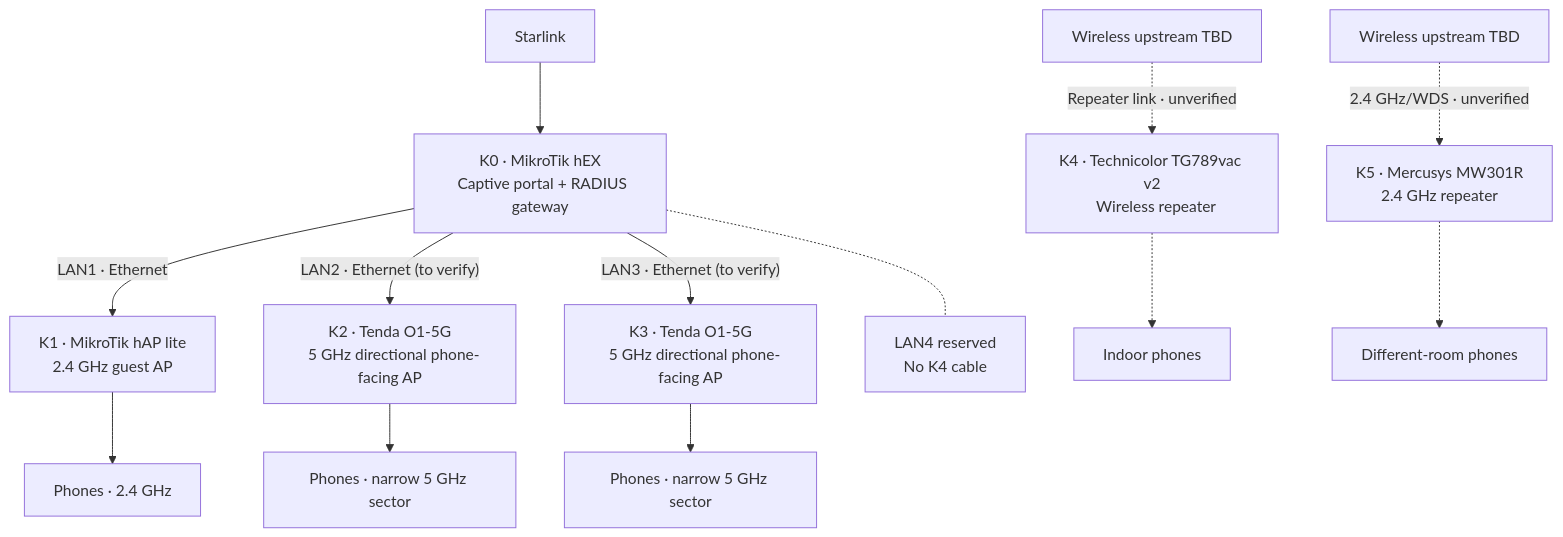
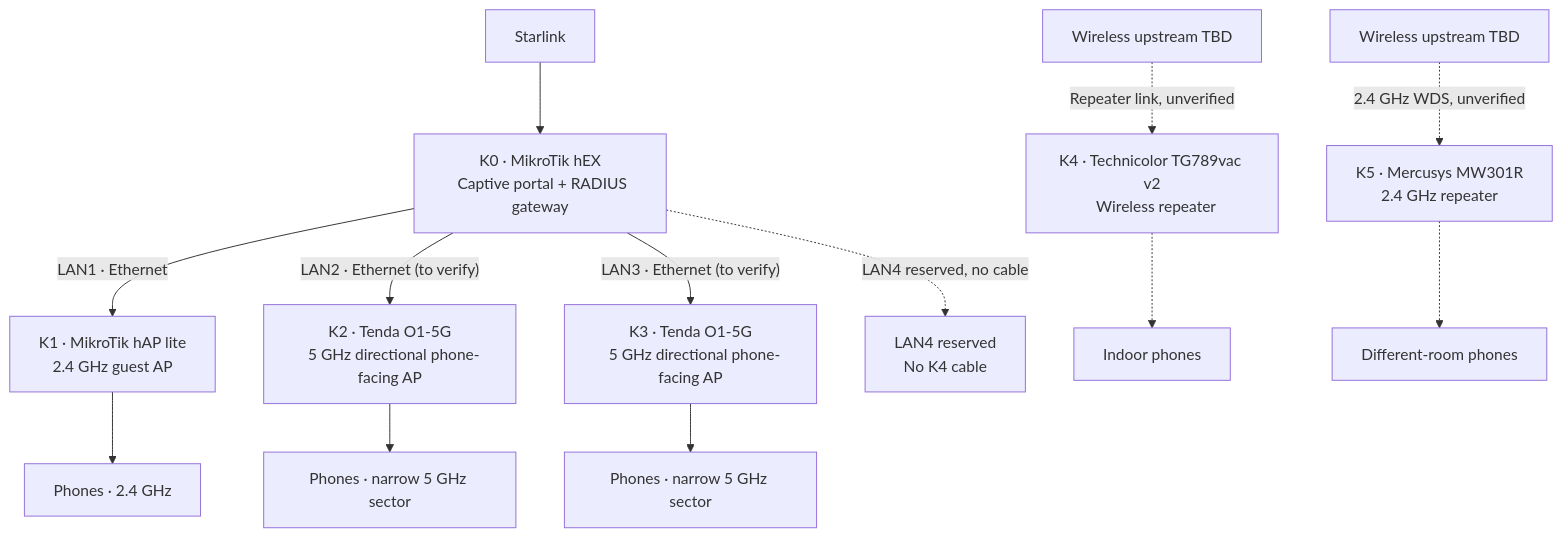
Before and after one commit to DruHustle/pasofi: the first of 2 diagrams in pasofi-backend/pasofi-routeros/commissioning/ARCHITECTURE_2026-11-17.md, drawn with Mermaid. The commit also changed other lines of this file, not shown here.

Commit message:
Use Mermaid-compatible labels for directional radios, repeaters and reserved LAN4

````diff
--- a/pasofi-backend/pasofi-routeros/commissioning/ARCHITECTURE_2026-11-17.md
+++ b/pasofi-backend/pasofi-routeros/commissioning/ARCHITECTURE_2026-11-17.md
@@ -7,22 +7,22 @@
 ```mermaid
 flowchart TB
   KS["Starlink"] --> K0["K0 · MikroTik hEX
   Captive portal + RADIUS gateway"]
   K0 -->|"LAN1 · Ethernet"| K1["K1 · MikroTik hAP lite
   2.4 GHz guest AP"]
   K0 -->|"LAN2 · Ethernet (to verify)"| K2["K2 · Tenda O1-5G
   5 GHz directional phone-facing AP"]
   K0 -->|"LAN3 · Ethernet (to verify)"| K3["K3 · Tenda O1-5G
   5 GHz directional phone-facing AP"]
-  K0 -.- KLAN4["LAN4 reserved
+  K0 -.->|LAN4 reserved, no cable| KLAN4["LAN4 reserved
   No K4 cable"]
   K1 --> PH1["Phones · 2.4 GHz"]
   K2 --> PH2["Phones · narrow 5 GHz sector"]
   K3 --> PH3["Phones · narrow 5 GHz sector"]
-  UK4["Wireless upstream TBD"] -. "Repeater link · unverified" .-> K4["K4 · Technicolor TG789vac v2
+  UK4["Wireless upstream TBD"] -.->|Repeater link, unverified| K4["K4 · Technicolor TG789vac v2
   Wireless repeater"]
-  UK5["Wireless upstream TBD"] -. "2.4 GHz/WDS · unverified" .-> K5["K5 · Mercusys MW301R
+  UK5["Wireless upstream TBD"] -.->|2.4 GHz WDS, unverified| K5["K5 · Mercusys MW301R
   2.4 GHz repeater"]
   K4 -.-> PH4["Indoor phones"]
   K5 -.-> PH5["Different-room phones"]
 ```
````
